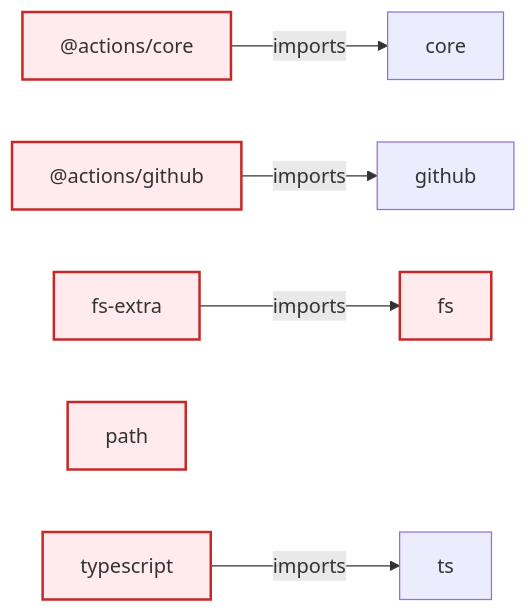
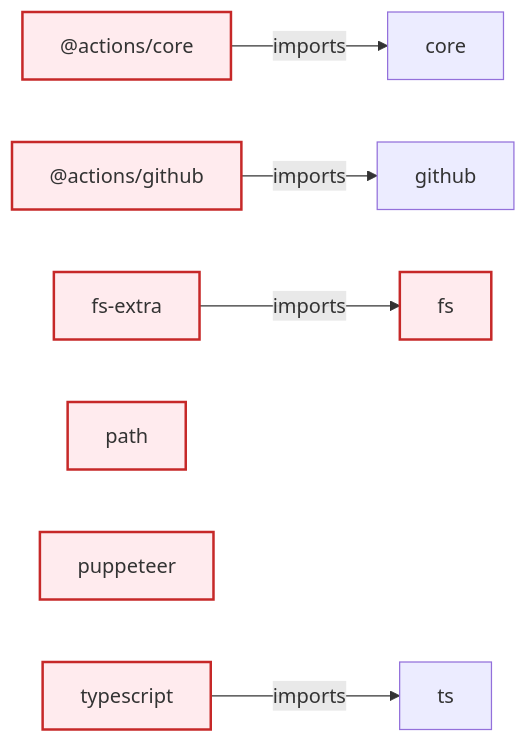
Before and after one commit to samjhill/diagrammer: the diagram in docs/architecture/dependencies_interactive.html.md, drawn with Mermaid. The commit also changed other lines of this file and 73 other files, not shown here.

Commit message:
docs: Update architecture diagrams [skip ci]

````diff
--- a/docs/architecture/dependencies_interactive.html.md
+++ b/docs/architecture/dependencies_interactive.html.md
@@ -5,25 +5,27 @@
 ```mermaid
 graph LR
   classDef internal fill:#e8f5e8,stroke:#2e7d32,stroke-width:2px
   classDef external fill:#ffebee,stroke:#c62828,stroke-width:2px
   classDef npm fill:#fff3e0,stroke:#f57c00,stroke-width:2px
   classDef local fill:#e3f2fd,stroke:#1976d2,stroke-width:2px
 
   _actions_core["@actions/core"]
   _actions_core:::external
   _actions_github["@actions/github"]
   _actions_github:::external
   fs_extra["fs-extra"]
   fs_extra:::external
   path["path"]
   path:::external
   fs["fs"]
   fs:::external
+  puppeteer["puppeteer"]
+  puppeteer:::external
   typescript["typescript"]
   typescript:::external
   _actions_core -->|imports| core
   _actions_github -->|imports| github
   fs_extra -->|imports| fs
   typescript -->|imports| ts
 
 ```
````
